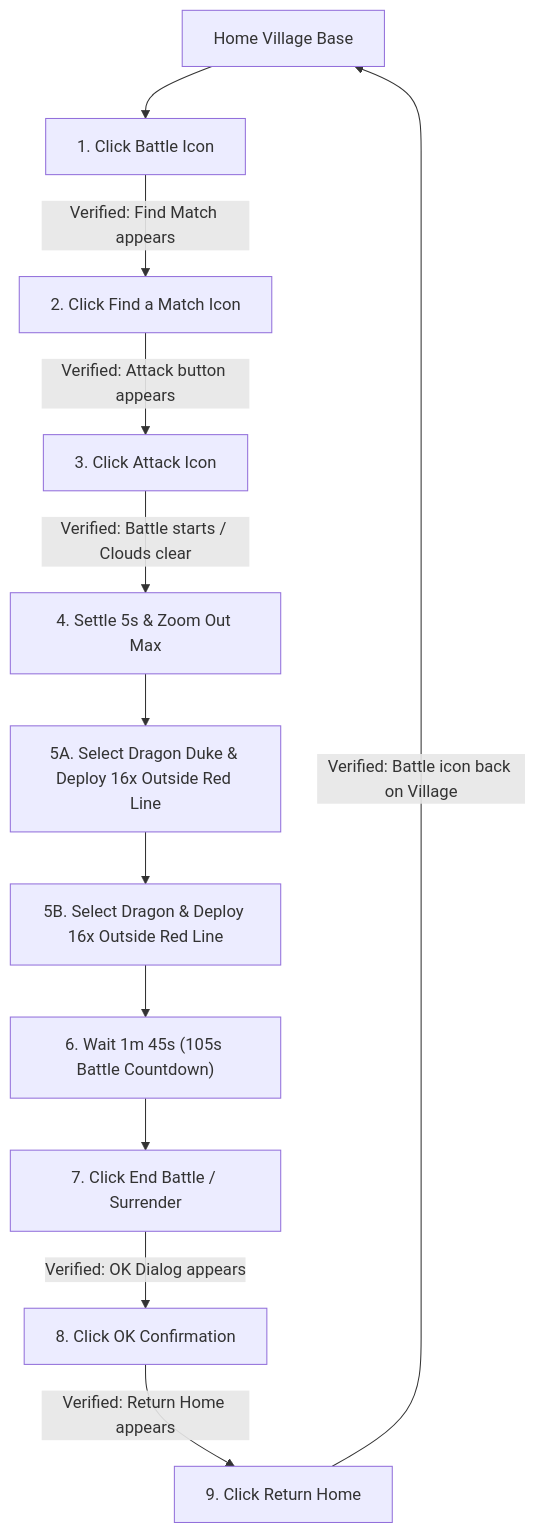
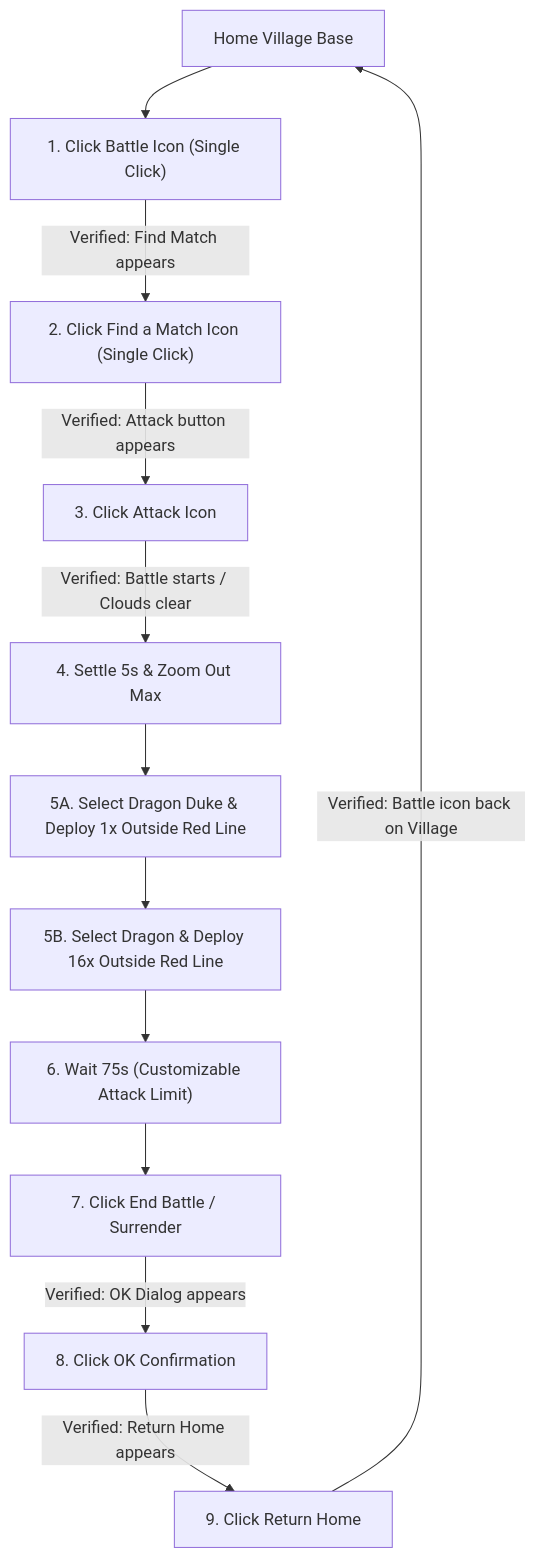
The first of 2 diagrams in README.md (Dhruv-Gupta-1/coc-attack-automation), drawn with Mermaid before and after one commit. The commit also changed other lines of this file and 4 other files, not shown here.

Commit message:
Update Drag Duke deployment to 1x, set attack timer to 75s with configurable GUI controls

````diff
--- a/README.md
+++ b/README.md
@@ -38,14 +40,14 @@
 ```mermaid
 flowchart TD
-    A["Home Village Base"] --> B["1. Click Battle Icon"]
-    B -->|Verified: Find Match appears| C["2. Click Find a Match Icon"]
+    A["Home Village Base"] --> B["1. Click Battle Icon (Single Click)"]
+    B -->|Verified: Find Match appears| C["2. Click Find a Match Icon (Single Click)"]
     C -->|Verified: Attack button appears| D["3. Click Attack Icon"]
     D -->|Verified: Battle starts / Clouds clear| E["4. Settle 5s & Zoom Out Max"]
-    E --> F["5A. Select Dragon Duke & Deploy 16x Outside Red Line"]
+    E --> F["5A. Select Dragon Duke & Deploy 1x Outside Red Line"]
     F --> G["5B. Select Dragon & Deploy 16x Outside Red Line"]
-    G --> H["6. Wait 1m 45s (105s Battle Countdown)"]
+    G --> H["6. Wait 75s (Customizable Attack Limit)"]
     H --> I["7. Click End Battle / Surrender"]
     I -->|Verified: OK Dialog appears| J["8. Click OK Confirmation"]
     J -->|Verified: Return Home appears| K["9. Click Return Home"]
     K -->|Verified: Battle icon back on Village| A
 ```
````
